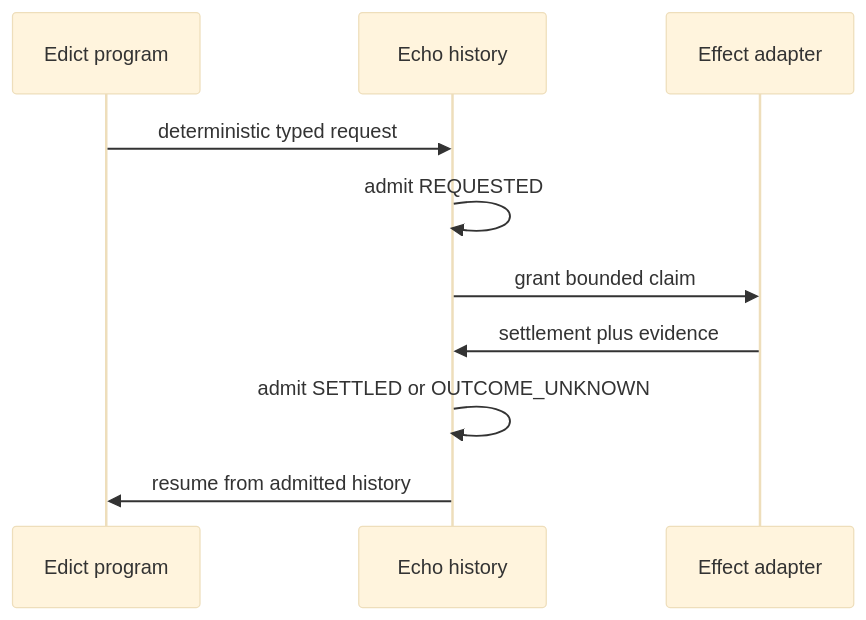
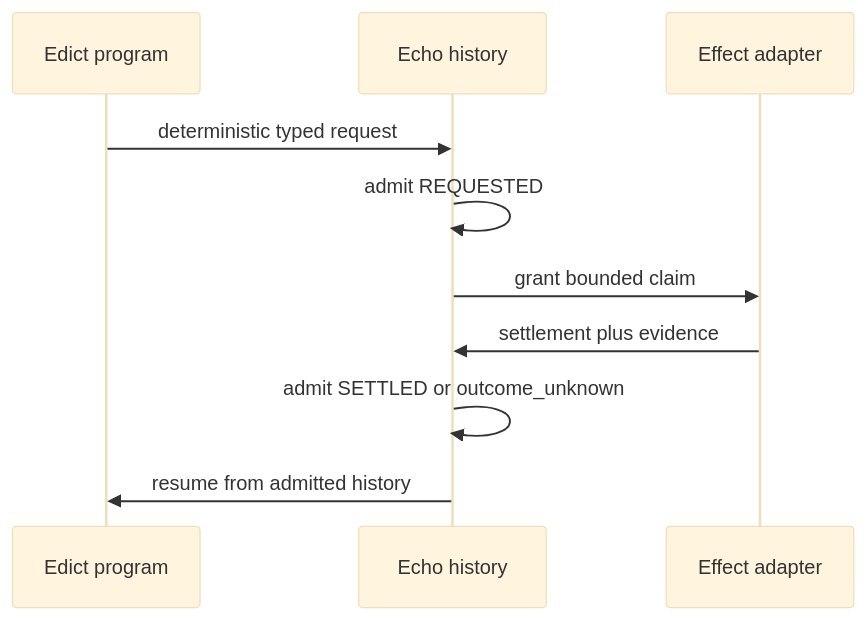
One commit to flyingrobots/hello-echo changed the diagram in docs/roadmap.md. Above: the diagram before and after it, drawn with Mermaid (base theme). The commit also changed other lines of this file and 2 other files, not shown here.

Commit message:
docs: align external-action phase contracts

````diff
--- a/docs/roadmap.md
+++ b/docs/roadmap.md
@@ -32,13 +32,13 @@
 ```mermaid
 sequenceDiagram
     participant P as Edict program
     participant E as Echo history
     participant A as Effect adapter
 
     P->>E: deterministic typed request
     E->>E: admit REQUESTED
     E->>A: grant bounded claim
     A->>E: settlement plus evidence
-    E->>E: admit SETTLED or OUTCOME_UNKNOWN
+    E->>E: admit SETTLED or outcome_unknown
     E->>P: resume from admitted history
 ```
````
